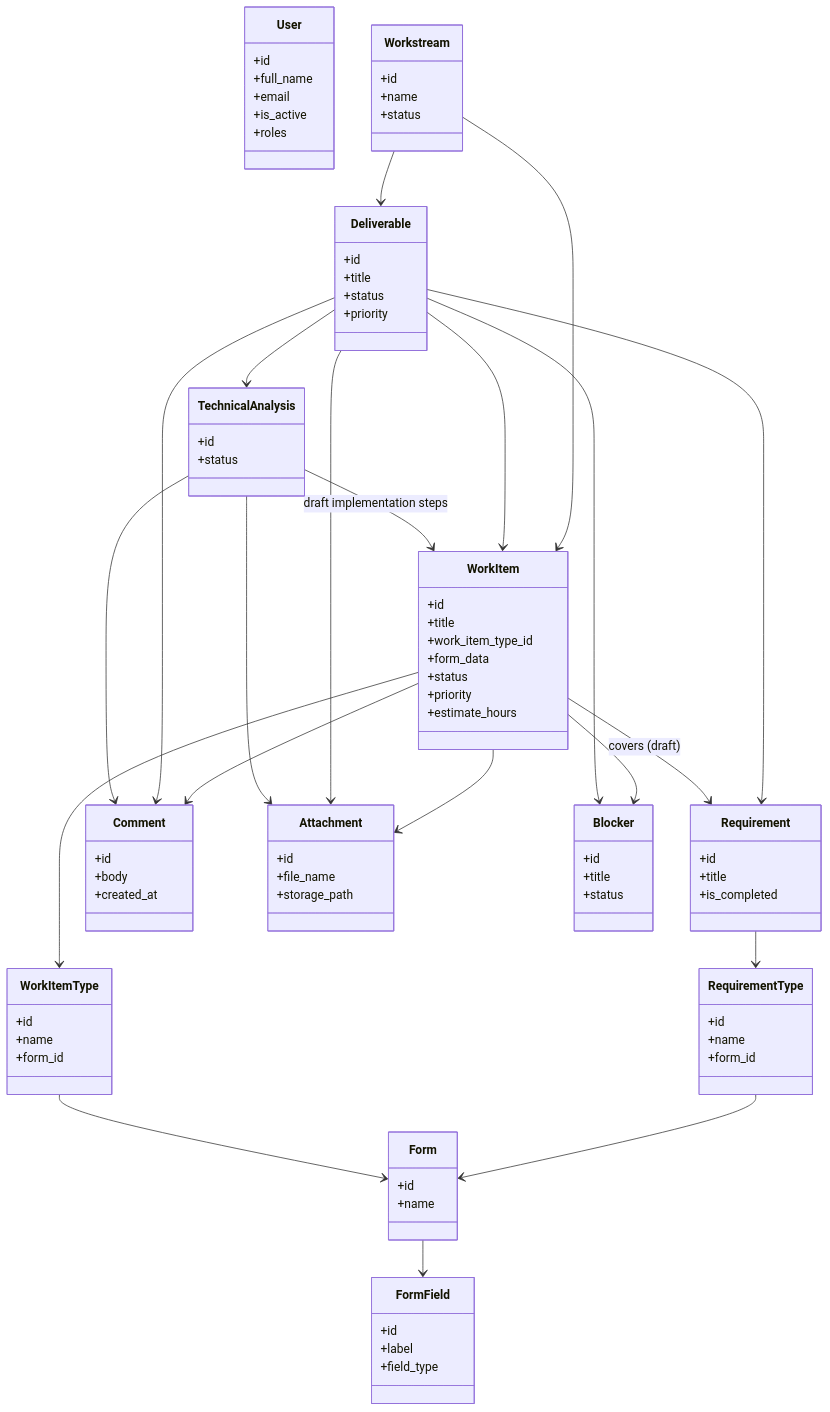
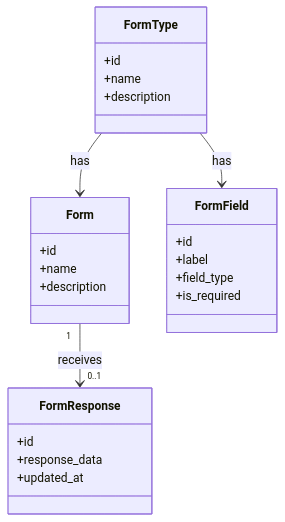
One commit to gricob/tandem changed the first of 2 diagrams in docs/modelo-datos.md. Above: the diagram before and after it, drawn with Mermaid. The commit also changed other lines of this file and 3 other files, not shown here.

````diff
--- a/docs/modelo-datos.md
+++ b/docs/modelo-datos.md
@@ -344,106 +108,31 @@
 ```mermaid
 classDiagram
-    class User {
-        +id
-        +full_name
-        +email
-        +is_active
-        +roles
-    }
-
-    class Workstream {
+    class FormType {
         +id
         +name
-        +status
-    }
-
-    class Deliverable {
-        +id
-        +title
-        +status
-        +priority
-    }
-
-    class RequirementType {
-        +id
-        +name
-        +form_id
+        +description
     }
 
     class Form {
         +id
         +name
+        +description
     }
 
     class FormField {
         +id
         +label
         +field_type
+        +is_required
     }
 
-    class Requirement {
+    class FormResponse {
         +id
-        +title
-        +is_completed
+        +response_data
+        +updated_at
     }
 
-    class TechnicalAnalysis {
-        +id
-        +status
-    }
-
-    class WorkItemType {
-        +id
-        +name
-        +form_id
-    }
-
-    class WorkItem {
-        +id
-        +title
-        +work_item_type_id
-        +form_data
-        +status
-        +priority
-        +estimate_hours
-    }
-
-    class Comment {
-        +id
-        +body
-        +created_at
-    }
-
-    class Attachment {
-        +id
-        +file_name
-        +storage_path
-    }
-
-    class Blocker {
-        +id
-        +title
-        +status
-    }
-
-    Form --> FormField
-    RequirementType --> Form
-    WorkItemType --> Form
-    Requirement --> RequirementType
-    WorkItem --> WorkItemType
-    Workstream --> Deliverable
-    Workstream --> WorkItem
-    Deliverable --> Requirement
-    Deliverable --> TechnicalAnalysis
-    Deliverable --> WorkItem
-    TechnicalAnalysis --> WorkItem : draft implementation steps
-    WorkItem --> Requirement : covers (draft)
-    WorkItem --> Comment
-    WorkItem --> Attachment
-    WorkItem --> Blocker
-    Deliverable --> Comment
-    Deliverable --> Attachment
-    Deliverable --> Blocker
-    TechnicalAnalysis --> Comment
-    TechnicalAnalysis --> Attachment
+    FormType --> FormField : has
+    FormType --> Form : has
+    Form "1" --> "0..1" FormResponse : receives
 ```
````
